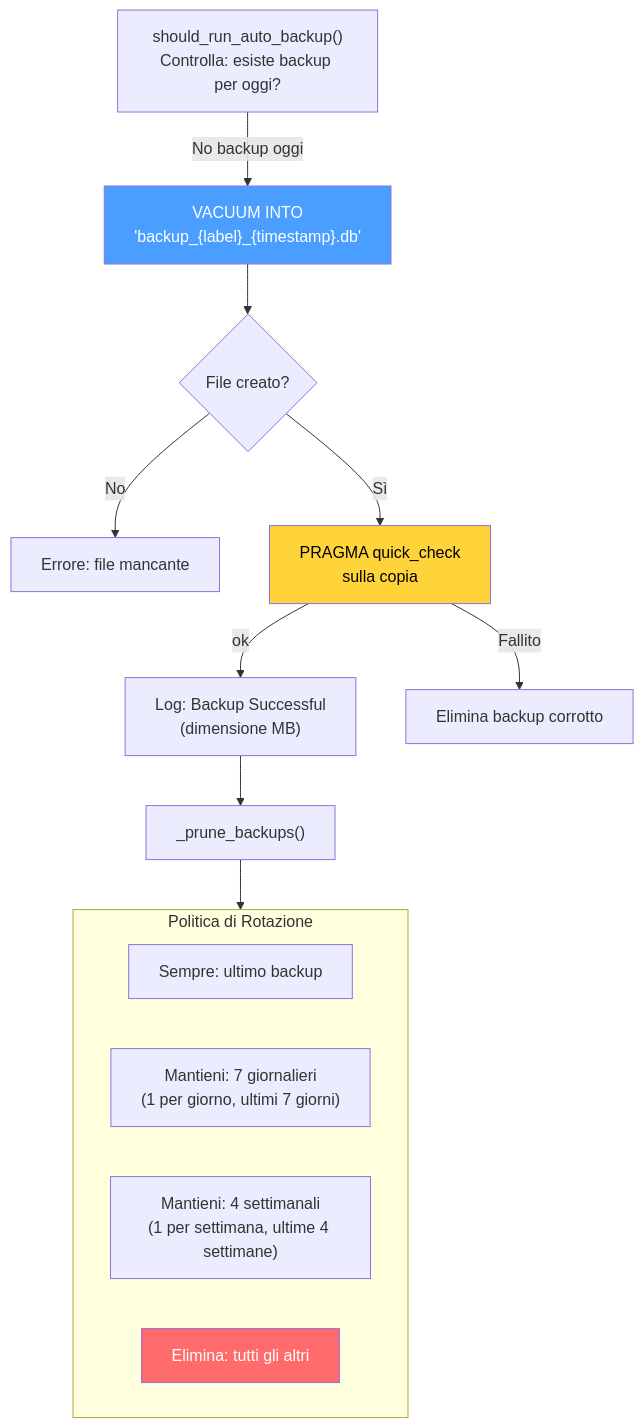
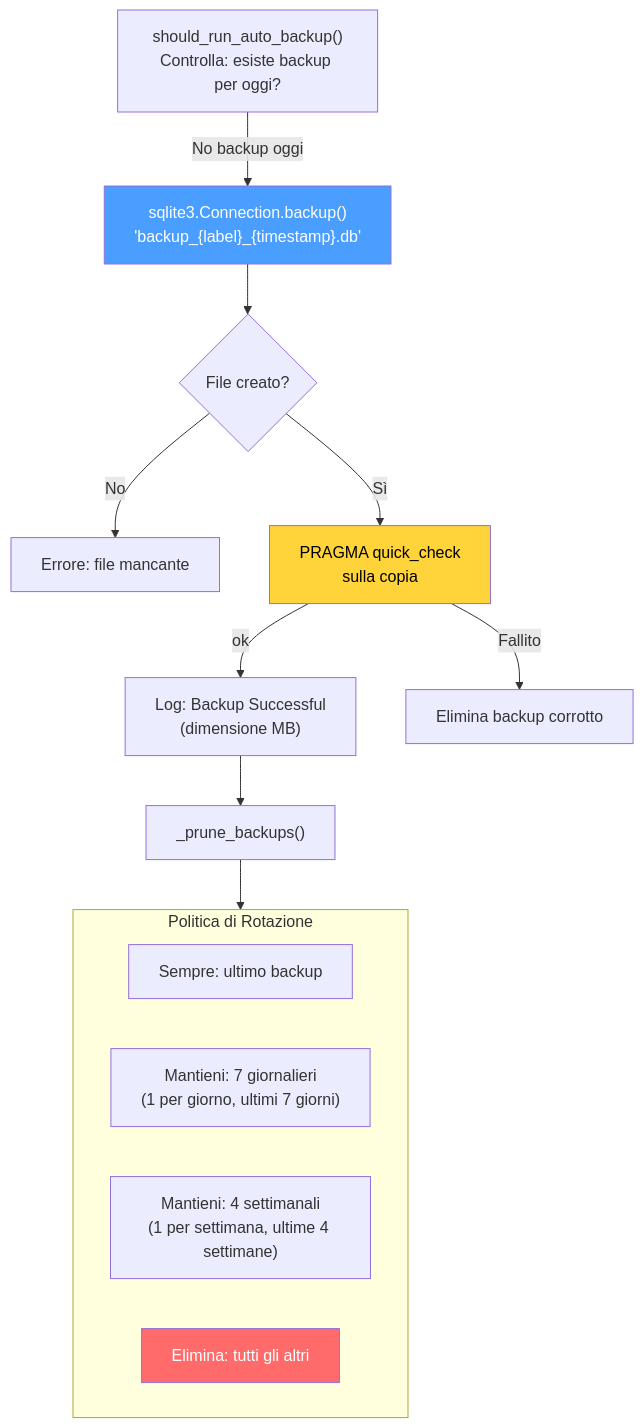
One commit to renanaugustomacena-ux/Counter-Strike-coach-AI changed diagram 41 of 49 in docs/books/Book-Coach-2.md. Above: the diagram before and after it, drawn with Mermaid. The commit also changed other lines of this file and 77 other files, not shown here.

````diff
--- a/docs/books/Book-Coach-2.md
+++ b/docs/books/Book-Coach-2.md
@@ -2043,22 +2043,22 @@
 ```mermaid
 flowchart TB
     TRIGGER["should_run_auto_backup()<br/>Controlla: esiste backup per oggi?"]
-    TRIGGER -->|"No backup oggi"| BACKUP["VACUUM INTO<br/>'backup_{label}_{timestamp}.db'"]
+    TRIGGER -->|"No backup oggi"| BACKUP["sqlite3.Connection.backup()<br/>'backup_{label}_{timestamp}.db'"]
     BACKUP --> EXISTS{"File creato?"}
     EXISTS -->|"No"| FAIL["Errore: file mancante"]
     EXISTS -->|"Sì"| INTEG["PRAGMA quick_check<br/>sulla copia"]
     INTEG -->|"ok"| LOG["Log: Backup Successful<br/>(dimensione MB)"]
     INTEG -->|"Fallito"| DEL["Elimina backup corrotto"]
     LOG --> PRUNE["_prune_backups()"]
     subgraph RETENTION["Politica di Rotazione"]
         KEEP1["Sempre: ultimo backup"]
         KEEP2["Mantieni: 7 giornalieri<br/>(1 per giorno, ultimi 7 giorni)"]
         KEEP3["Mantieni: 4 settimanali<br/>(1 per settimana, ultime 4 settimane)"]
         PRUNE_OLD["Elimina: tutti gli altri"]
     end
     PRUNE --> RETENTION
 
     style BACKUP fill:#4a9eff,color:#fff
     style INTEG fill:#ffd43b,color:#000
     style PRUNE_OLD fill:#ff6b6b,color:#fff
 ```
````
